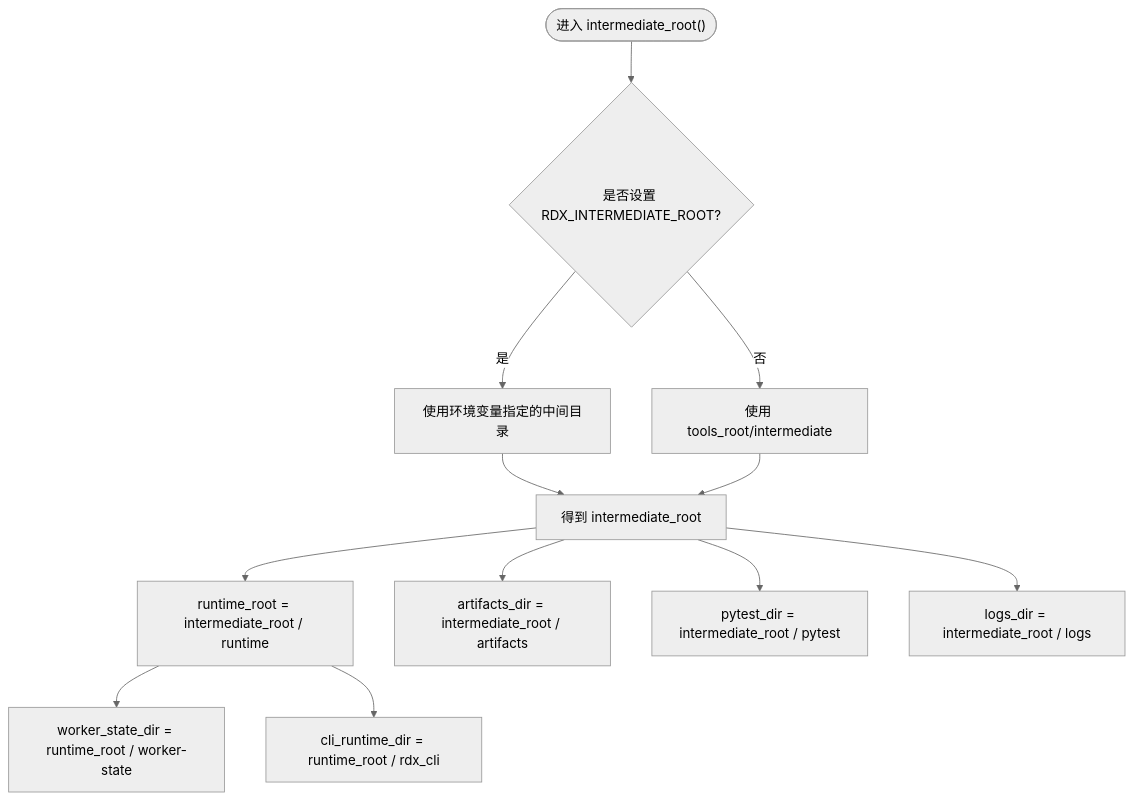
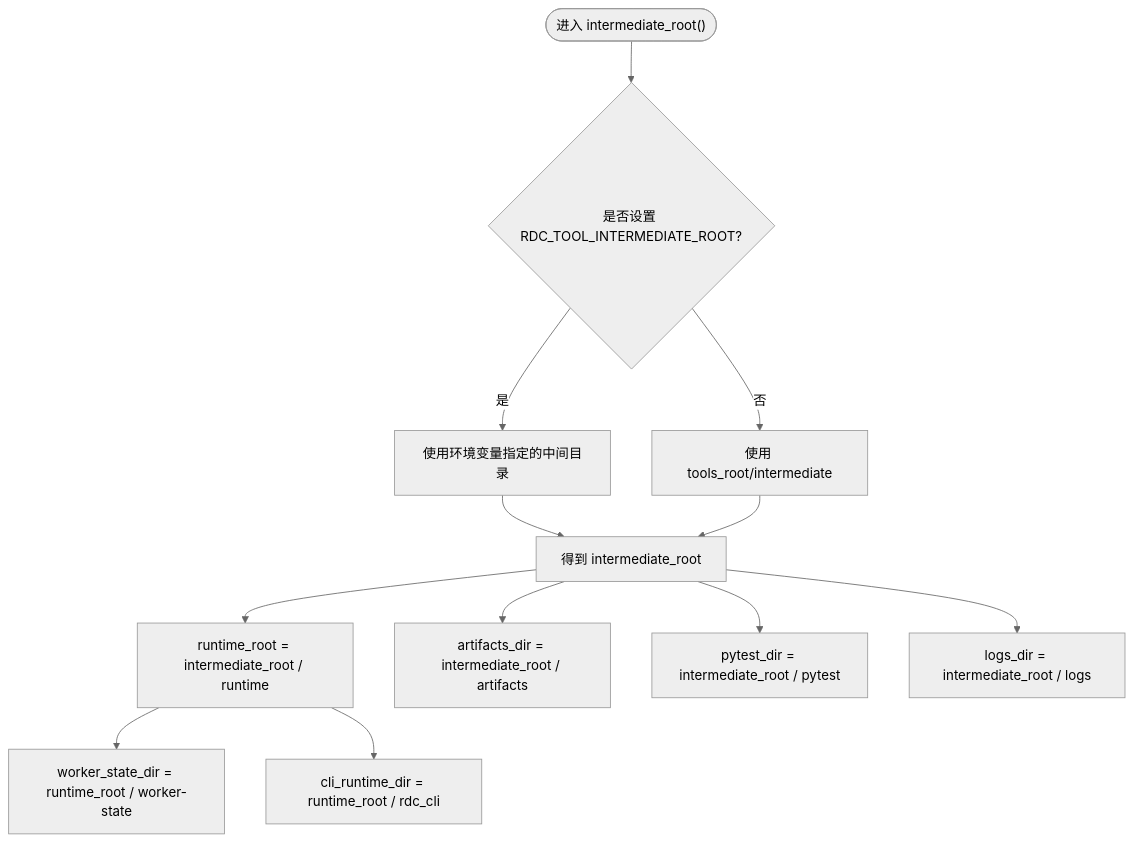
The fourth of 7 diagrams in .qoder/repowiki/zh/content/运行时管理/路径管理系统.md (haolange/RDC-Tool), drawn with Mermaid (neutral theme) before and after one commit. The commit also changed other lines of this file and 388 other files, not shown here.

First line of the commit message:
Release RDC-Tool identity and public maintenance surface

````diff
--- a/.qoder/repowiki/zh/content/运行时管理/路径管理系统.md
+++ b/.qoder/repowiki/zh/content/运行时管理/路径管理系统.md
@@ -149,14 +149,14 @@
 ```mermaid
 flowchart TD
-IStart(["进入 intermediate_root()"]) --> CheckIR{"是否设置 RDX_INTERMEDIATE_ROOT?"}
+IStart(["进入 intermediate_root()"]) --> CheckIR{"是否设置 RDC_TOOL_INTERMEDIATE_ROOT?"}
 CheckIR --> |是| UseIR["使用环境变量指定的中间目录"]
 CheckIR --> |否| DefaultIR["使用 tools_root/intermediate"]
 UseIR --> IRPath["得到 intermediate_root"]
 DefaultIR --> IRPath
 IRPath --> RT["runtime_root = intermediate_root / runtime"]
 IRPath --> ART["artifacts_dir = intermediate_root / artifacts"]
 IRPath --> PYT["pytest_dir = intermediate_root / pytest"]
 IRPath --> LOG["logs_dir = intermediate_root / logs"]
 RT --> WSD["worker_state_dir = runtime_root / worker-state"]
-RT --> CRD["cli_runtime_dir = runtime_root / rdx_cli"]
+RT --> CRD["cli_runtime_dir = runtime_root / rdc_cli"]
 ```
````
